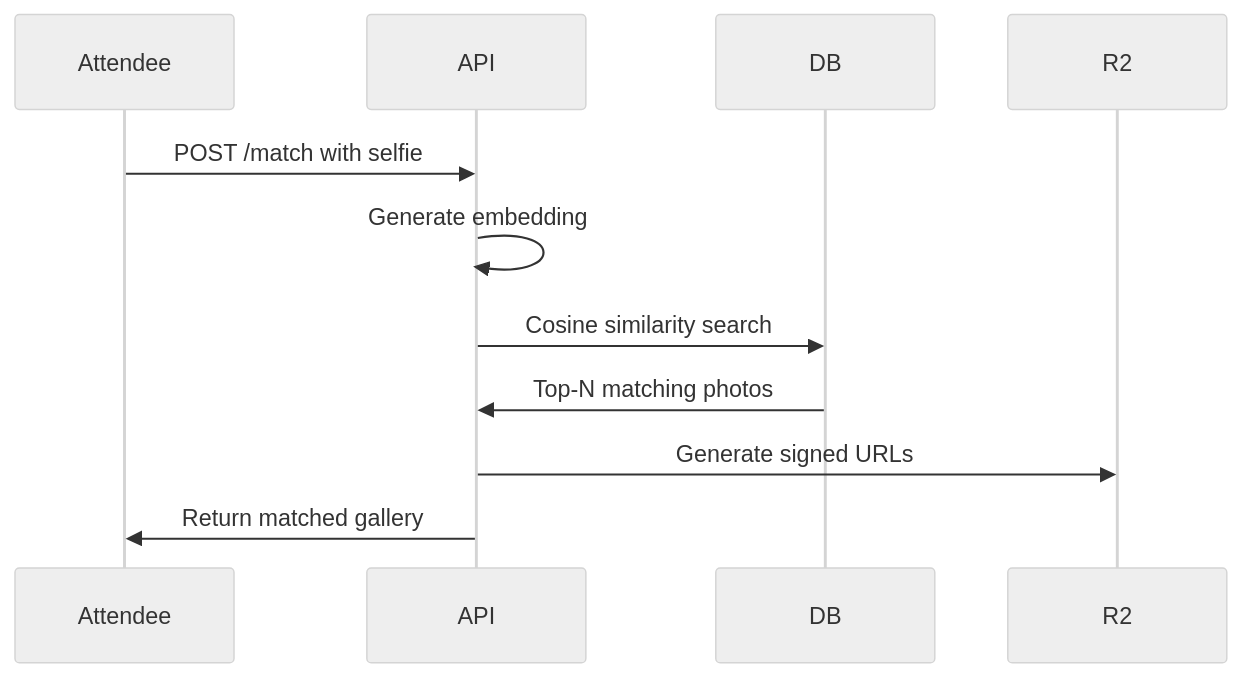
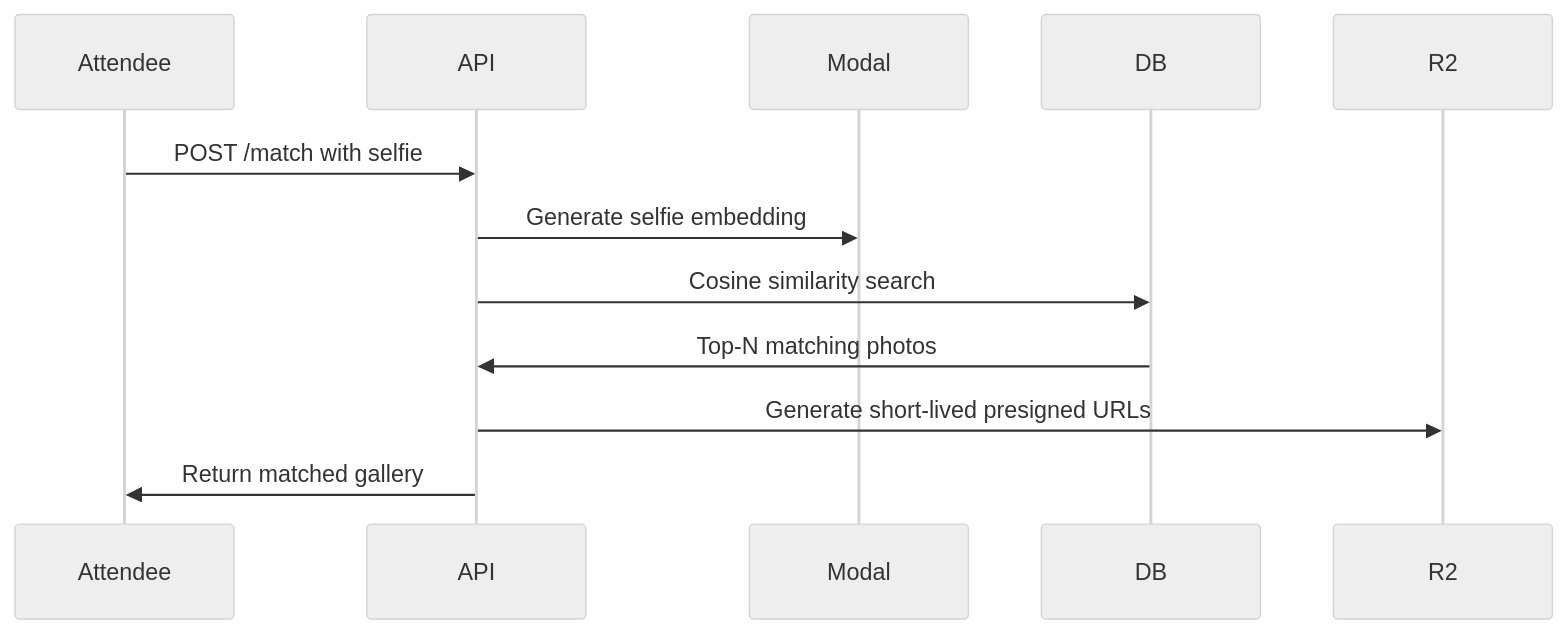
One commit to maybemnv/GrabPic changed the third of 3 diagrams in README.md. Above: the diagram before and after it, drawn with Mermaid (neutral theme). The commit also changed other lines of this file and 3 other files, not shown here.

````diff
--- a/README.md
+++ b/README.md
@@ -90,9 +90,9 @@
 ```mermaid
 sequenceDiagram
     Attendee->>API: POST /match with selfie
-    API->>API: Generate embedding
+    API->>Modal: Generate selfie embedding
     API->>DB: Cosine similarity search
     DB->>API: Top-N matching photos
-    API->>R2: Generate signed URLs
+    API->>R2: Generate short-lived presigned URLs
     API->>Attendee: Return matched gallery
 ```
````
